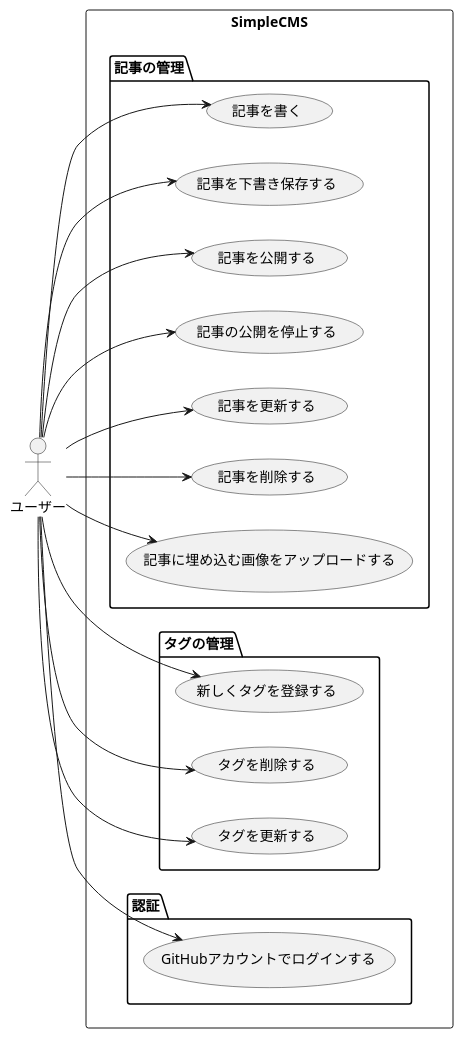
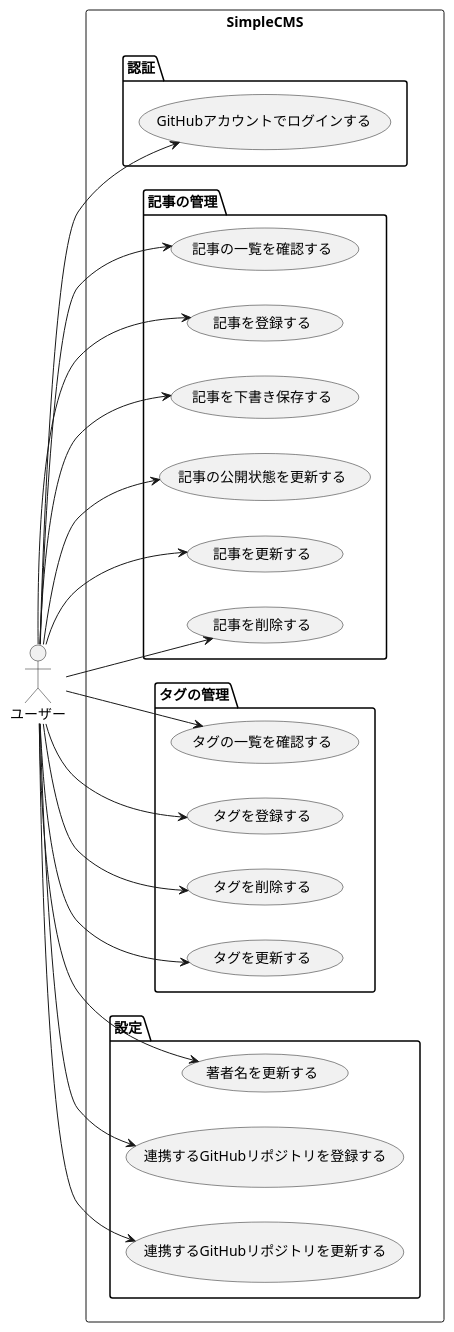
One commit to t-yng/GitHubCMS changed the diagram in docs/usecase.puml. Above: the diagram before and after it, drawn with PlantUML. The commit also changed 2 other files, not shown here.

```diff
--- a/docs/usecase.puml
+++ b/docs/usecase.puml
@@ -1,25 +1,32 @@
 @startuml ユースケース
 
 left to right direction
 actor "ユーザー" as user
 
 rectangle SimpleCMS {
+    package 認証 {
+        user --> (GitHubアカウントでログインする)
+    }
+
     package 記事の管理 {
-        user --> (記事を書く)
+        user --> (記事の一覧を確認する)
+        user --> (記事を登録する)
         user --> (記事を下書き保存する)
-        user --> (記事を公開する)
-        user --> (記事の公開を停止する)
+        user --> (記事の公開状態を更新する)
         user --> (記事を更新する)
         user --> (記事を削除する)
-        user --> (記事に埋め込む画像をアップロードする)
     }
     package タグの管理 {
-        user --> (新しくタグを登録する)
+        user --> (タグの一覧を確認する)
+        user --> (タグを登録する)
         user --> (タグを削除する)
         user --> (タグを更新する)
     }
-    package 認証 {
-        user --> (GitHubアカウントでログインする)
+
+    package 設定 {
+        user --> (著者名を更新する)
+        user --> (連携するGitHubリポジトリを登録する)
+        user --> (連携するGitHubリポジトリを更新する)
     }
 }
 @enduml
```
